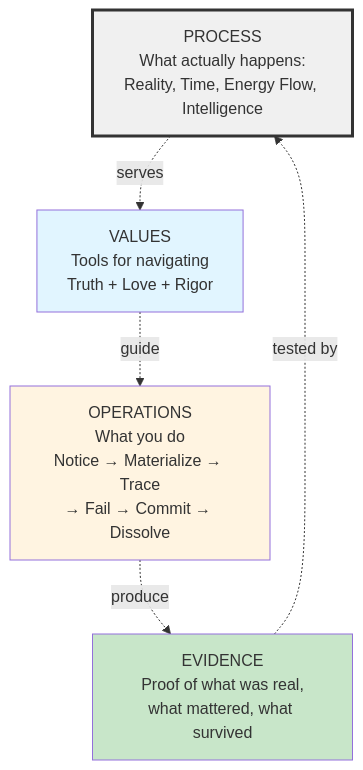
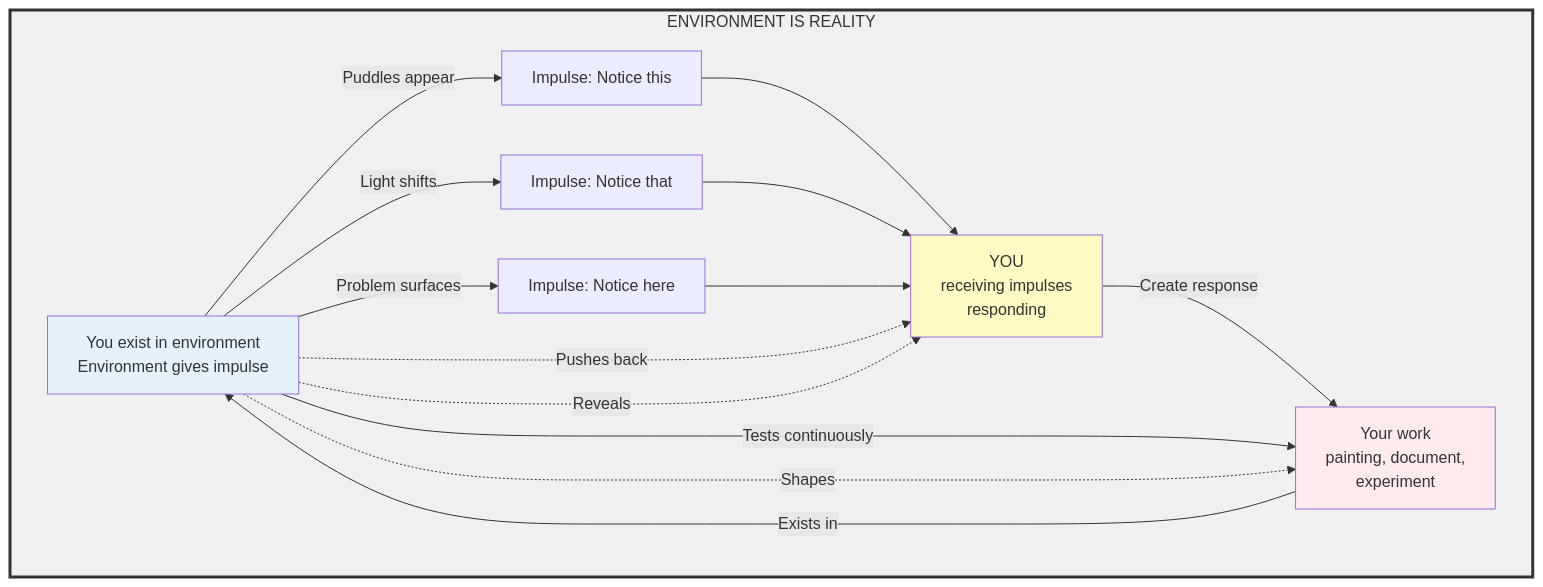
The third of 6 diagrams in LRP_Visual_Guide.md (NoEndsNoGains/living-research-protocol), drawn with Mermaid before and after one commit. The commit also changed other lines of this file, not shown here.

````diff
--- a/LRP_Visual_Guide.md
+++ b/LRP_Visual_Guide.md
@@ -107,21 +129,28 @@
 ```mermaid
 graph TB
-    Process[PROCESS<br/>What actually happens:<br/>Reality, Time, Energy Flow, Intelligence]
+    subgraph Reality[ENVIRONMENT IS REALITY]
+        Space[You exist in environment<br/>Environment gives impulse]
+        
+        Space -->|Puddles appear| Impulse1[Impulse: Notice this]
+        Space -->|Light shifts| Impulse2[Impulse: Notice that]
+        Space -->|Problem surfaces| Impulse3[Impulse: Notice here]
+        
+        Impulse1 --> You[YOU<br/>receiving impulses<br/>responding]
+        Impulse2 --> You
+        Impulse3 --> You
+        
+        You -->|Create response| Work[Your work<br/>painting, document,<br/>experiment]
+        
+        Work -->|Exists in| Space
+        
+        Space -->|Tests continuously| Work
+        Space -.Pushes back.-> You
+        Space -.Reveals.-> You
+        Space -.Shapes.-> Work
+    end
     
-    Process -.serves.-> Values
-    
-    Values[VALUES<br/>Tools for navigating<br/>Truth + Love + Rigor]
-    
-    Values -.guide.-> Operations
-    
-    Operations[OPERATIONS<br/>What you do<br/>Notice → Materialize → Trace<br/>→ Fail → Commit → Dissolve]
-    
-    Operations -.produce.-> Evidence[EVIDENCE<br/>Proof of what was real,<br/>what mattered, what survived]
-    
-    Evidence -.tested by.-> Process
-    
-    style Process fill:#f0f0f0,stroke:#333,stroke-width:3px
-    style Values fill:#e1f5ff
-    style Operations fill:#fff4e1
-    style Evidence fill:#c8e6c9
+    style Space fill:#e3f2fd
+    style You fill:#fff9c4
+    style Work fill:#ffebee
+    style Reality fill:#f0f0f0,stroke:#333,stroke-width:3px
 ```
````
